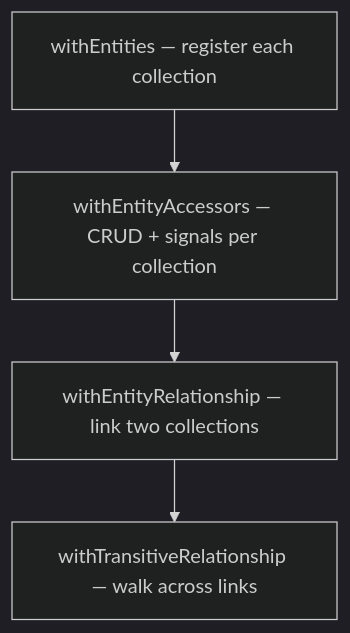
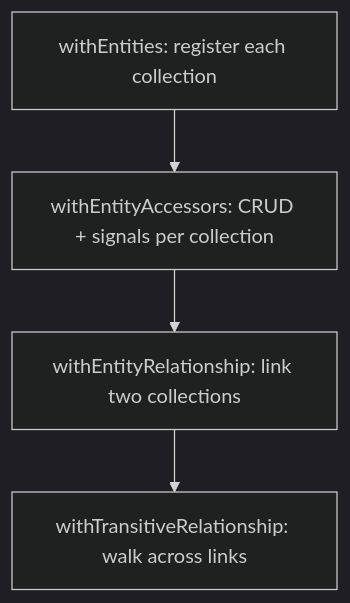
The first of 2 diagrams in README.md (ShiraJoseph/signalkin), drawn with Mermaid (dark theme) before and after one commit.

Commit message:
[tech] Use colons instead of dashes in diagram labels

````diff
--- a/README.md
+++ b/README.md
@@ -32,6 +32,6 @@
 ```mermaid
 flowchart TD
-    A["withEntities — register each collection"] --> B["withEntityAccessors — CRUD + signals per collection"]
-    B --> C["withEntityRelationship — link two collections"]
-    C --> D["withTransitiveRelationship — walk across links"]
+    A["withEntities: register each collection"] --> B["withEntityAccessors: CRUD + signals per collection"]
+    B --> C["withEntityRelationship: link two collections"]
+    C --> D["withTransitiveRelationship: walk across links"]
 ```
````
